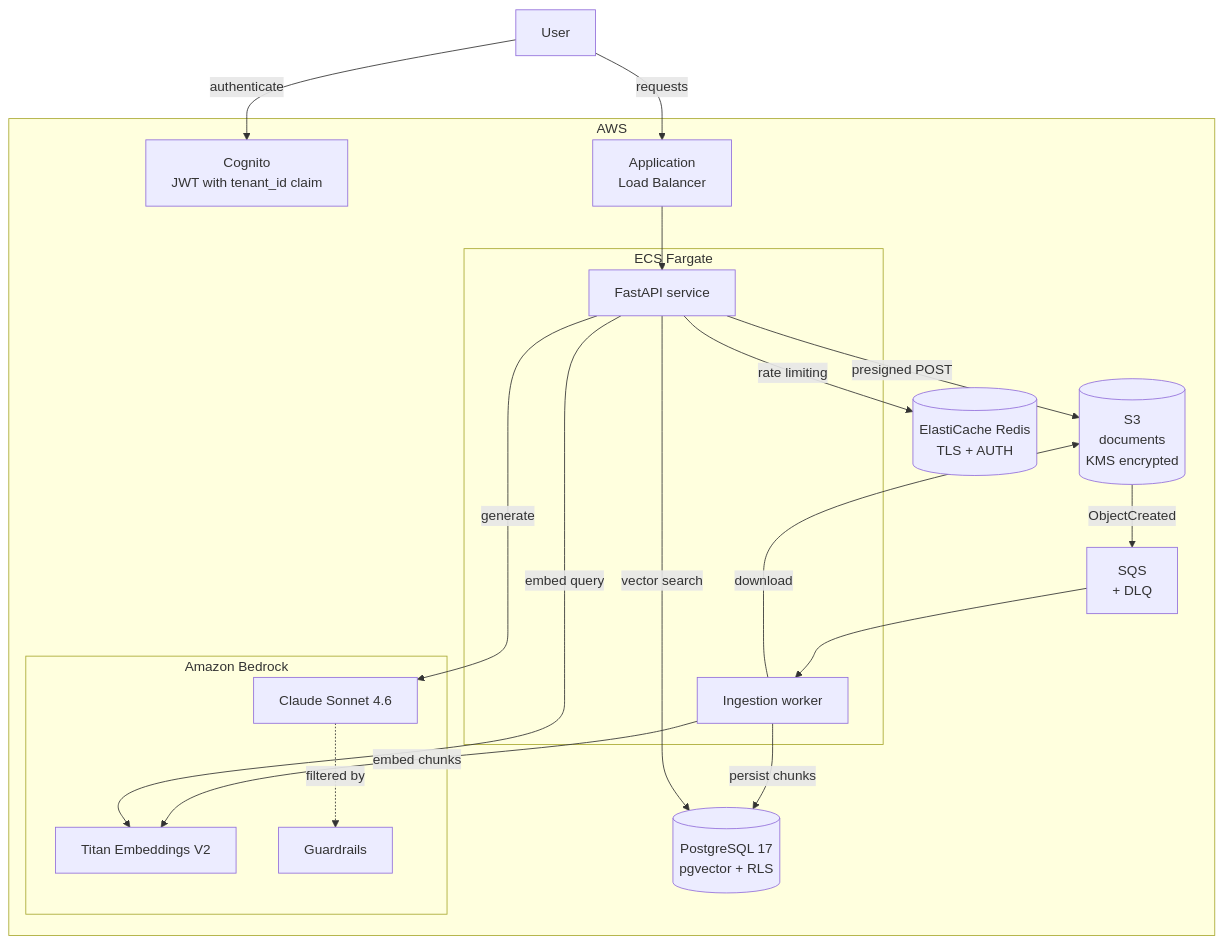
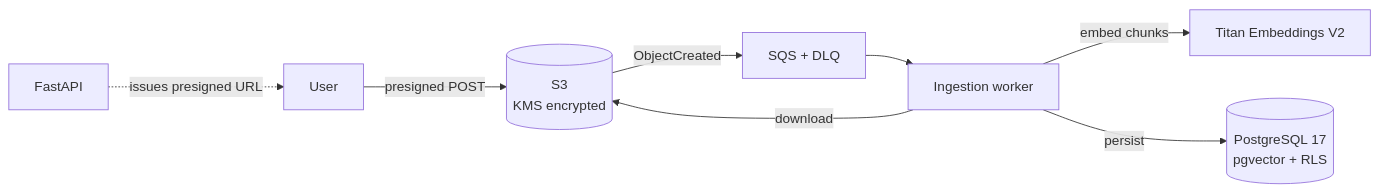
Before and after one commit to FaroukRouatbi/documind-ai: the first of 2 diagrams in README.md, drawn with Mermaid. The commit also changed other lines of this file, not shown here.

Commit message:
docs: split architecture diagram into ingestion and query flows

````diff
--- a/README.md
+++ b/README.md
@@ -27,40 +29,10 @@
 ```mermaid
-flowchart TB
-    U[User]
-
-    subgraph aws[AWS]
-        COG[Cognito<br/>JWT with tenant_id claim]
-        ALB[Application<br/>Load Balancer]
-
-        subgraph ecs[ECS Fargate]
-            API[FastAPI service]
-            WRK[Ingestion worker]
-        end
-
-        S3[(S3<br/>documents<br/>KMS encrypted)]
-        SQS[SQS<br/>+ DLQ]
-        RDS[(PostgreSQL 17<br/>pgvector + RLS)]
-        REDIS[(ElastiCache Redis<br/>TLS + AUTH)]
-
-        subgraph bedrock[Amazon Bedrock]
-            TITAN[Titan Embeddings V2]
-            CLAUDE[Claude Sonnet 4.6]
-            GUARD[Guardrails]
-        end
-    end
-
-    U -->|authenticate| COG
-    U -->|requests| ALB --> API
-
-    API -->|presigned POST| S3
-    S3 -->|ObjectCreated| SQS --> WRK
+flowchart LR
+    U[User] -->|presigned POST| S3[(S3<br/>KMS encrypted)]
+    API[FastAPI] -.->|issues presigned URL| U
+    S3 -->|ObjectCreated| SQS[SQS + DLQ]
+    SQS --> WRK[Ingestion worker]
     WRK -->|download| S3
-    WRK -->|embed chunks| TITAN
-    WRK -->|persist chunks| RDS
-
-    API -->|embed query| TITAN
-    API -->|vector search| RDS
-    API -->|generate| CLAUDE
-    CLAUDE -.->|filtered by| GUARD
-    API -->|rate limiting| REDIS
+    WRK -->|embed chunks| TITAN[Titan Embeddings V2]
+    WRK -->|persist| RDS[(PostgreSQL 17<br/>pgvector + RLS)]
 ```
````
